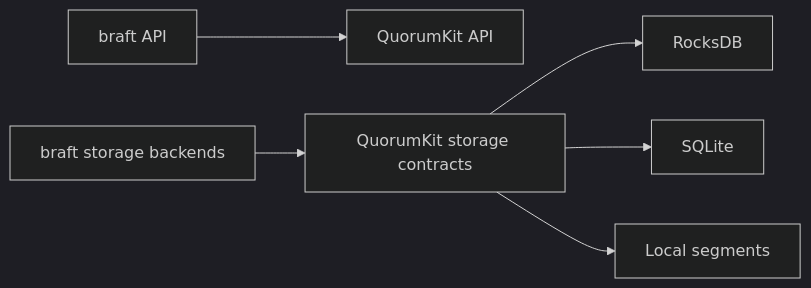
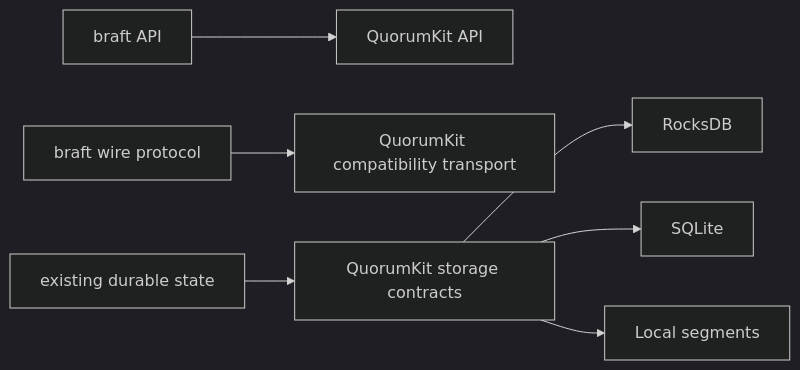
The diagram in website/docs/explanation/compatibility-and-migration.md (bringhurst/quorumkit), drawn with Mermaid (dark theme) before and after one commit. The commit also changed other lines of this file and 16 other files, not shown here.

````diff
--- a/website/docs/explanation/compatibility-and-migration.md
+++ b/website/docs/explanation/compatibility-and-migration.md
@@ -14,8 +18,9 @@
 ```mermaid
 flowchart LR
     LegacyApi[braft API] --> CanonicalApi[QuorumKit API]
-    LegacyStorage[braft storage backends] --> CanonicalStorage[QuorumKit storage contracts]
+    LegacyWire[braft wire protocol] --> CompatWire[QuorumKit compatibility transport]
+    LegacyStorage[existing durable state] --> CanonicalStorage[QuorumKit storage contracts]
     CanonicalStorage --> Rocks[RocksDB]
     CanonicalStorage --> Sqlite[SQLite]
     CanonicalStorage --> Local[Local segments]
 ```
````
